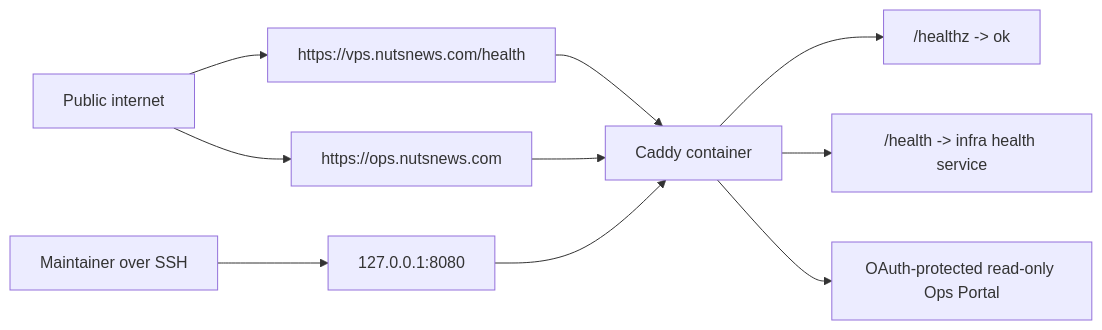
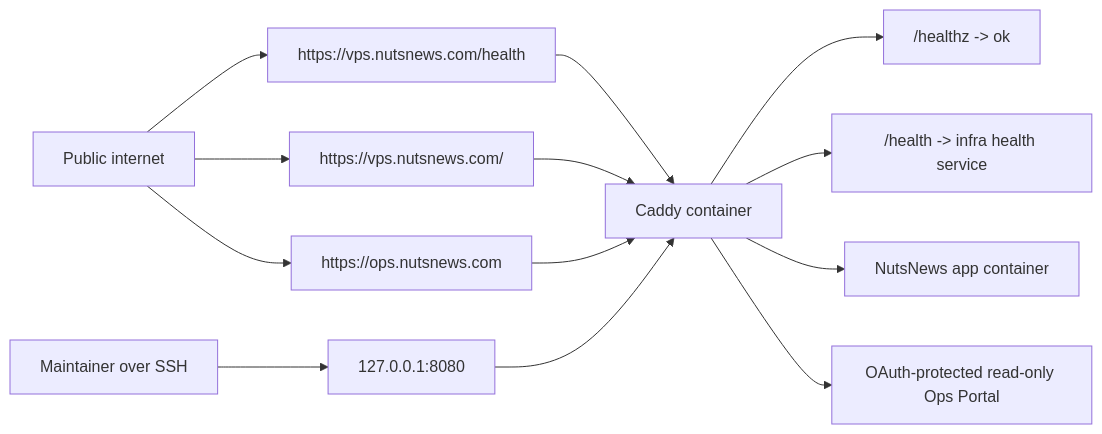
Before and after one commit to ramideltoro/nutsnews-docs: the third of 3 diagrams in NUTSNEWS_VPS_SERVICE_FOUNDATION.md, drawn with Mermaid. The commit also changed other lines of this file, not shown here.

Commit message:
Document vps public route promotion

````diff
--- a/NUTSNEWS_VPS_SERVICE_FOUNDATION.md
+++ b/NUTSNEWS_VPS_SERVICE_FOUNDATION.md
@@ -183,12 +186,15 @@
 ```mermaid
 flowchart LR
   public["Public internet"] --> publicHealth["https://vps.nutsnews.com/health"]
+  public --> publicApp["https://vps.nutsnews.com/"]
   public --> publicOps["https://ops.nutsnews.com"]
   publicHealth --> caddy["Caddy container"]
+  publicApp --> caddy
   publicOps --> caddy
   maintainer["Maintainer over SSH"] --> loopback["127.0.0.1:8080"]
   loopback --> caddy
   caddy --> health["/healthz -> ok"]
   caddy --> infraHealth["/health -> infra health service"]
+  caddy --> app["NutsNews app container"]
   caddy --> portal["OAuth-protected read-only Ops Portal"]
 ```
````
